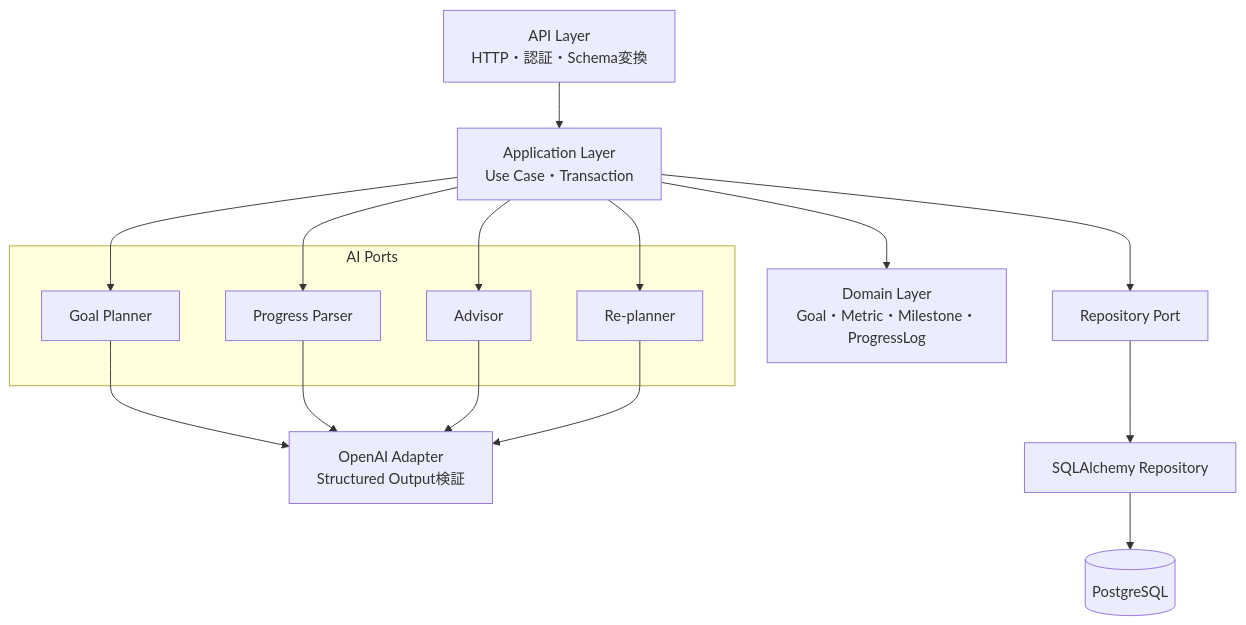
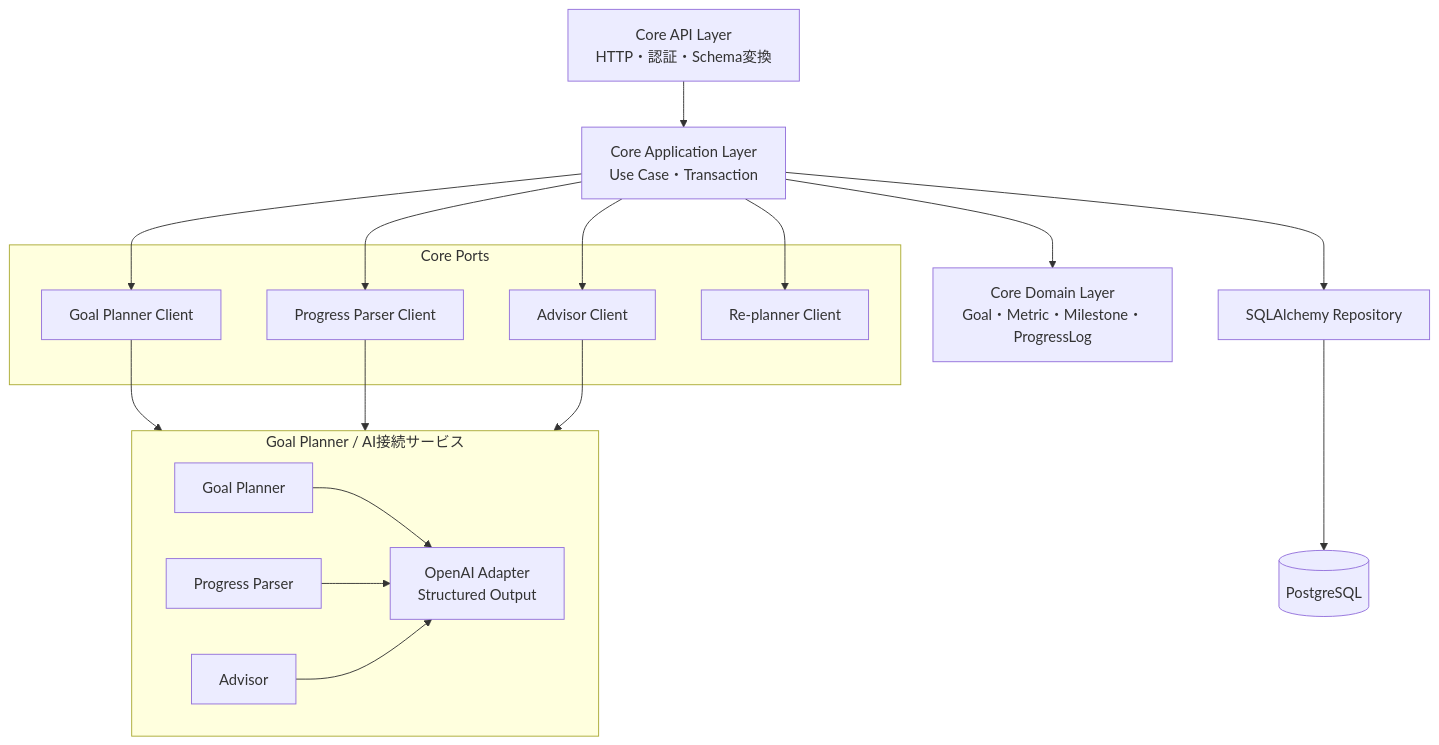
The second of 3 diagrams in docs/system-architecture.md (Yoshiki-Takahashi/life_agent), drawn with Mermaid before and after one commit. The commit also changed other lines of this file and 27 other files, not shown here.

````diff
--- a/docs/system-architecture.md
+++ b/docs/system-architecture.md
@@ -56,32 +63,38 @@
 ```mermaid
 flowchart TB
-    API["API Layer<br/>HTTP・認証・Schema変換"]
-    App["Application Layer<br/>Use Case・Transaction"]
-    Domain["Domain Layer<br/>Goal・Metric・Milestone・ProgressLog"]
+    API["Core API Layer<br/>HTTP・認証・Schema変換"]
+    App["Core Application Layer<br/>Use Case・Transaction"]
+    Domain["Core Domain Layer<br/>Goal・Metric・Milestone・ProgressLog"]
 
-    subgraph Agents["AI Ports"]
+    subgraph CorePorts["Core Ports"]
+        PlannerPort["Goal Planner Client"]
+        ParserPort["Progress Parser Client"]
+        AdvisorPort["Advisor Client"]
+        ReplannerPort["Re-planner Client"]
+    end
+
+    subgraph AISvc["Goal Planner / AI接続サービス"]
         Planner["Goal Planner"]
         Parser["Progress Parser"]
         Advisor["Advisor"]
-        Replanner["Re-planner"]
+        AIAdapter["OpenAI Adapter<br/>Structured Output"]
     end
 
-    DBPort["Repository Port"]
-    AIAdapter["OpenAI Adapter<br/>Structured Output検証"]
     DBAdapter["SQLAlchemy Repository"]
     PostgreSQL[("PostgreSQL")]
 
     API --> App
     App --> Domain
-    App --> Planner
-    App --> Parser
-    App --> Advisor
-    App --> Replanner
-    App --> DBPort
+    App --> PlannerPort
+    App --> ParserPort
+    App --> AdvisorPort
+    App --> ReplannerPort
+    App --> DBAdapter
+    PlannerPort --> AISvc
+    ParserPort --> AISvc
+    AdvisorPort --> AISvc
     Planner --> AIAdapter
     Parser --> AIAdapter
     Advisor --> AIAdapter
-    Replanner --> AIAdapter
-    DBPort --> DBAdapter
     DBAdapter --> PostgreSQL
 ```
````
